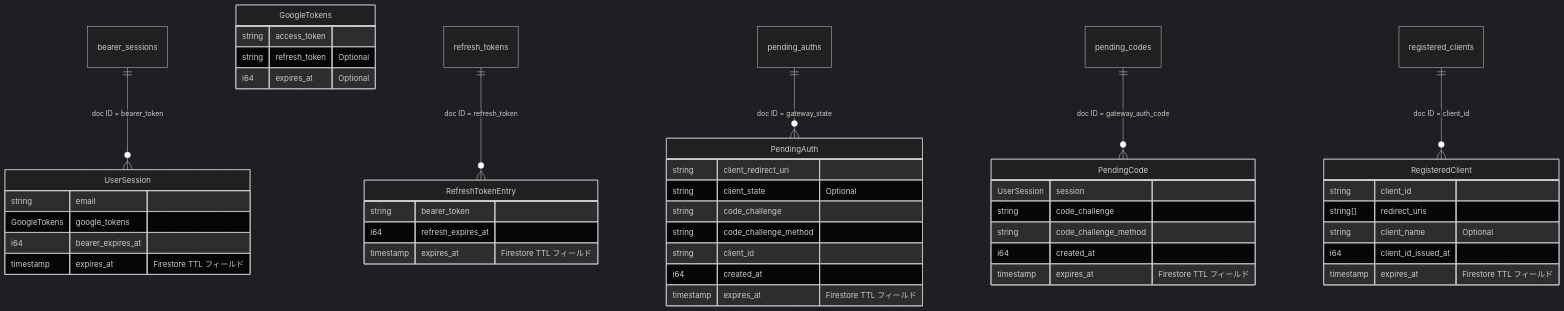
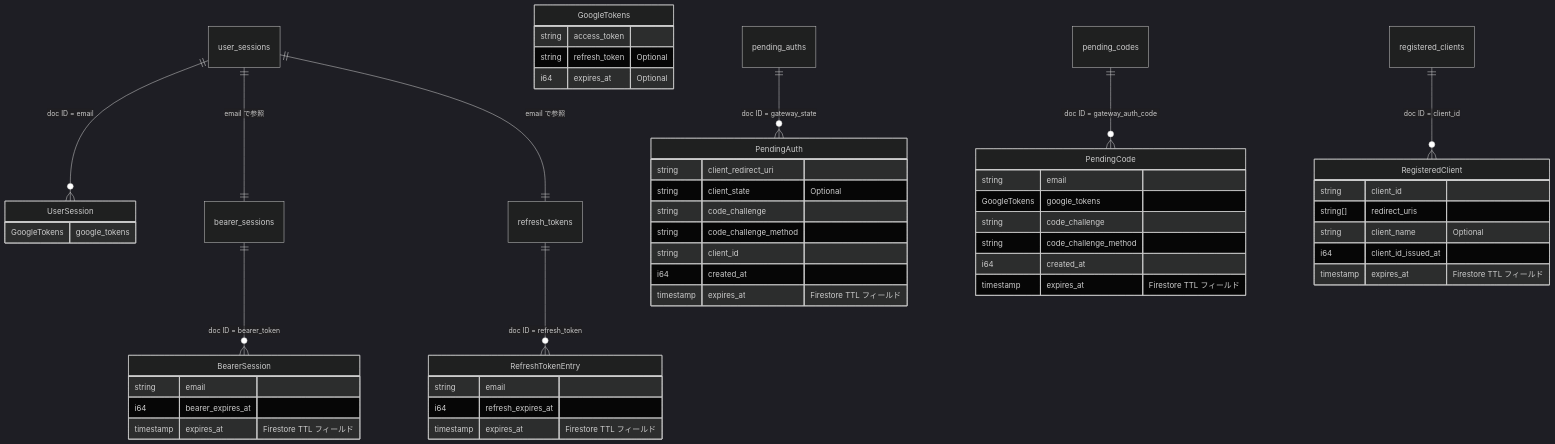
One commit to kushim-team/gws-cli changed the tenth of 10 diagrams in specs/remote-mcp-gateway/auth-flows.md. Above: the diagram before and after it, drawn with Mermaid (dark theme). The commit also changed other lines of this file and 10 other files, not shown here.

````diff
--- a/specs/remote-mcp-gateway/auth-flows.md
+++ b/specs/remote-mcp-gateway/auth-flows.md
@@ -305,51 +343,59 @@
 ```mermaid
 erDiagram
-    bearer_sessions ||--o{ UserSession : "doc ID = bearer_token"
+    user_sessions ||--o{ UserSession : "doc ID = email"
     UserSession {
-        string email
         GoogleTokens google_tokens
-        i64 bearer_expires_at
-        timestamp expires_at "Firestore TTL フィールド"
     }
     GoogleTokens {
         string access_token
         string refresh_token "Optional"
         i64 expires_at "Optional"
     }
 
+    bearer_sessions ||--o{ BearerSession : "doc ID = bearer_token"
+    BearerSession {
+        string email
+        i64 bearer_expires_at
+        timestamp expires_at "Firestore TTL フィールド"
+    }
+
     refresh_tokens ||--o{ RefreshTokenEntry : "doc ID = refresh_token"
     RefreshTokenEntry {
-        string bearer_token
+        string email
         i64 refresh_expires_at
         timestamp expires_at "Firestore TTL フィールド"
     }
 
     pending_auths ||--o{ PendingAuth : "doc ID = gateway_state"
     PendingAuth {
         string client_redirect_uri
         string client_state "Optional"
         string code_challenge
         string code_challenge_method
         string client_id
         i64 created_at
         timestamp expires_at "Firestore TTL フィールド"
     }
 
     pending_codes ||--o{ PendingCode : "doc ID = gateway_auth_code"
     PendingCode {
-        UserSession session
+        string email
+        GoogleTokens google_tokens
         string code_challenge
         string code_challenge_method
         i64 created_at
         timestamp expires_at "Firestore TTL フィールド"
     }
 
     registered_clients ||--o{ RegisteredClient : "doc ID = client_id"
     RegisteredClient {
         string client_id
         string[] redirect_uris
         string client_name "Optional"
         i64 client_id_issued_at
         timestamp expires_at "Firestore TTL フィールド"
     }
+
+    user_sessions ||--|| bearer_sessions : "email で参照"
+    user_sessions ||--|| refresh_tokens : "email で参照"
 ```
````
